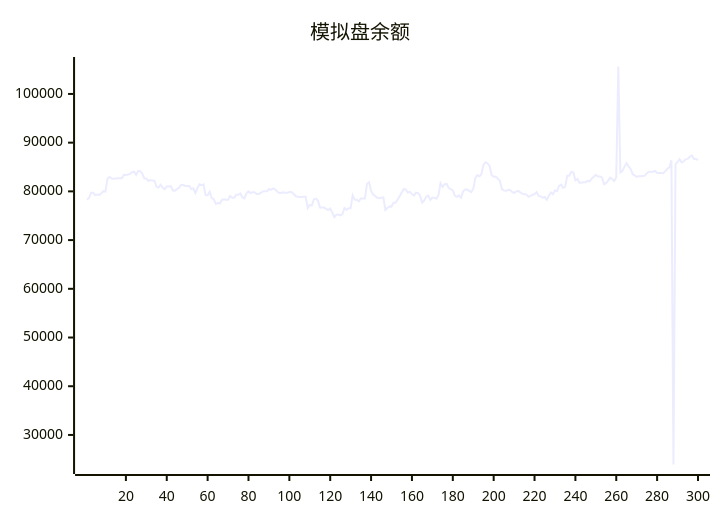
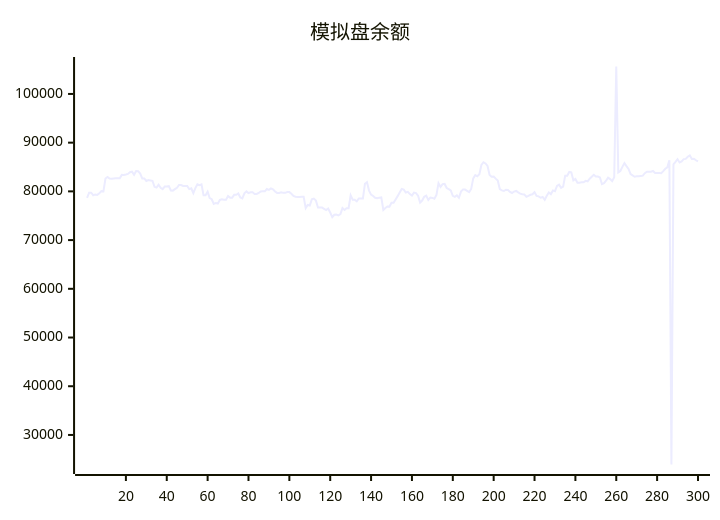
One commit to aahl/ai-trading changed the diagram in README.md. Above: the diagram before and after it, drawn with Mermaid. The commit also changed other lines of this file and 1 other file, not shown here.

````diff
--- a/README.md
+++ b/README.md
@@ -5,5 +5,5 @@
 ```mermaid
 xychart
     title "模拟盘余额"
-    line [78293,78682,79720,79720,79214,79372,79279,79591,80046,79993,82625,82950,82626,82571,82633,82670,82670,82681,83386,83378,83464,83579,83920,84037,83402,84160,84142,83652,82655,82655,82145,82315,82243,82163,80934,80770,81371,80742,80468,80989,80989,81067,80191,80155,80450,80737,81309,81309,81106,81119,81119,80471,80631,79624,80670,81448,81290,81429,79212,79222,79940,78643,78380,77432,77623,77504,78235,78358,78284,78277,79048,78714,78714,79290,79308,79567,78763,78563,79603,79988,79652,79813,79813,79476,79469,79673,79995,80015,80015,80486,80314,80600,80436,79966,79689,79689,79819,79692,79692,79850,79850,79518,79071,78889,78850,78850,78878,78878,76554,77202,77103,78357,78510,78106,76678,76677,76672,76411,76159,76485,75656,74695,75197,75246,75052,75334,76564,76179,76553,76551,79196,78300,78300,77944,78531,78531,78521,81564,81884,80160,79335,79055,78675,78580,78708,78764,76179,76586,76902,76876,77658,77669,78346,79023,79769,80497,80366,79761,79896,79448,79126,79749,79658,79097,77695,78114,78888,79126,78249,78738,78653,78478,79271,81680,80923,81488,81527,80681,80455,80190,79084,78879,79193,78686,79954,80403,80374,80118,79848,80491,82665,83351,83098,83525,85430,85983,85737,85221,83378,83014,83043,82613,82216,80477,80208,80081,80348,80277,79894,79670,79965,80093,79786,79542,79406,79371,78893,79087,79304,79406,79841,79072,78978,78696,78846,78272,79085,79787,79442,80198,80031,81120,81379,80718,80985,83214,83212,83993,83921,82270,82547,81776,81776,81866,81866,82158,82061,82596,83000,83408,83041,83050,82858,81503,81691,82188,82812,82517,82092,82901,105633,83898,84180,85030,85781,85178,84604,83569,83298,83008,83093,83107,83175,83228,83729,84025,84017,84019,84177,83775,83762,83785,83738,84160,84639,84939,86370,23934,85548,86046,86599,85942,86161,86622,86664,87115,87369,86666,86685,86384]
+    line [78682,79720,79720,79214,79372,79279,79591,80046,79993,82625,82950,82626,82571,82633,82670,82670,82681,83386,83378,83464,83579,83920,84037,83402,84160,84142,83652,82655,82655,82145,82315,82243,82163,80934,80770,81371,80742,80468,80989,80989,81067,80191,80155,80450,80737,81309,81309,81106,81119,81119,80471,80631,79624,80670,81448,81290,81429,79212,79222,79940,78643,78380,77432,77623,77504,78235,78358,78284,78277,79048,78714,78714,79290,79308,79567,78763,78563,79603,79988,79652,79813,79813,79476,79469,79673,79995,80015,80015,80486,80314,80600,80436,79966,79689,79689,79819,79692,79692,79850,79850,79518,79071,78889,78850,78850,78878,78878,76554,77202,77103,78357,78510,78106,76678,76677,76672,76411,76159,76485,75656,74695,75197,75246,75052,75334,76564,76179,76553,76551,79196,78300,78300,77944,78531,78531,78521,81564,81884,80160,79335,79055,78675,78580,78708,78764,76179,76586,76902,76876,77658,77669,78346,79023,79769,80497,80366,79761,79896,79448,79126,79749,79658,79097,77695,78114,78888,79126,78249,78738,78653,78478,79271,81680,80923,81488,81527,80681,80455,80190,79084,78879,79193,78686,79954,80403,80374,80118,79848,80491,82665,83351,83098,83525,85430,85983,85737,85221,83378,83014,83043,82613,82216,80477,80208,80081,80348,80277,79894,79670,79965,80093,79786,79542,79406,79371,78893,79087,79304,79406,79841,79072,78978,78696,78846,78272,79085,79787,79442,80198,80031,81120,81379,80718,80985,83214,83212,83993,83921,82270,82547,81776,81776,81866,81866,82158,82061,82596,83000,83408,83041,83050,82858,81503,81691,82188,82812,82517,82092,82901,105633,83898,84180,85030,85781,85178,84604,83569,83298,83008,83093,83107,83175,83228,83729,84025,84017,84019,84177,83775,83762,83785,83738,84160,84639,84939,86370,23934,85548,86046,86599,85942,86161,86622,86664,87115,87369,86666,86685,86384,86152]
 ```
````
